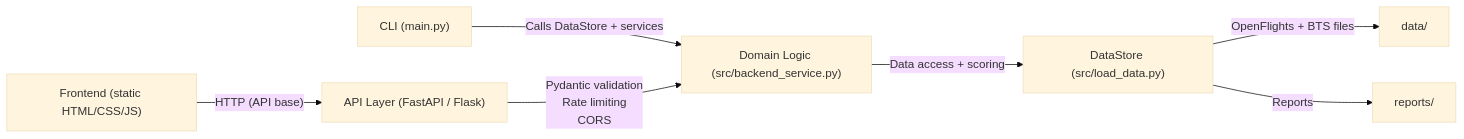
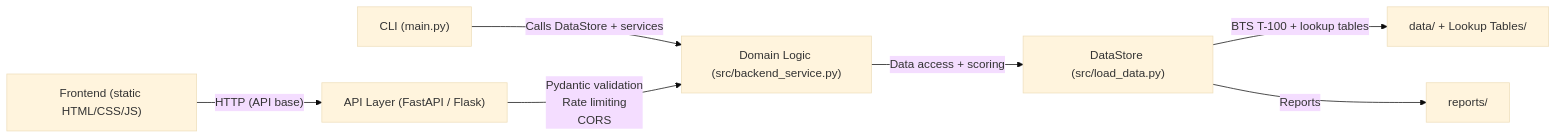
One commit to ldiaz16/Network-Project changed the diagram in docs/ARCHITECTURE.md. Above: the diagram before and after it, drawn with Mermaid (base theme). The commit also changed other lines of this file and 390 other files, not shown here.

````diff
--- a/docs/ARCHITECTURE.md
+++ b/docs/ARCHITECTURE.md
@@ -3,9 +3,9 @@
 ```mermaid
 flowchart LR
     Browser["Frontend (static HTML/CSS/JS)"] -->|"HTTP (API base)"| API["API Layer (FastAPI / Flask)"]
     CLI["CLI (main.py)"] -->|"Calls DataStore + services"| Domain
     API -->|"Pydantic validation\nRate limiting\nCORS"| Domain["Domain Logic (src/backend_service.py)"]
     Domain -->|"Data access + scoring"| DataStore["DataStore (src/load_data.py)"]
-    DataStore -->|"OpenFlights + BTS files"| DataDir["data/"]
+    DataStore -->|"BTS T-100 + lookup tables"| DataDir["data/ + Lookup Tables/"]
     DataStore -->|"Reports"| Reports["reports/"]
 ```
````
